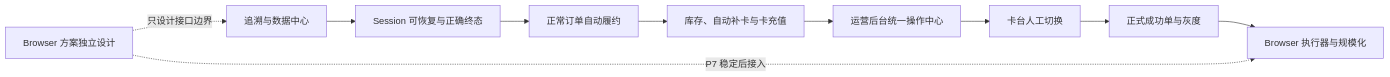
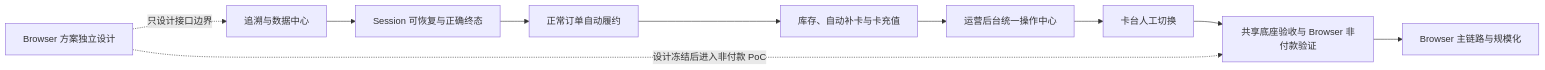
Before and after one commit to lemonw603-sys/KC-PAY-GPT: the diagram in docs/IMPLEMENTATION_PLAN_FINAL_2026-08-21.md, drawn with Mermaid. The commit also changed other lines of this file and 48 other files, not shown here.

````diff
--- a/docs/IMPLEMENTATION_PLAN_FINAL_2026-08-21.md
+++ b/docs/IMPLEMENTATION_PLAN_FINAL_2026-08-21.md
@@ -20,13 +20,13 @@
 ```mermaid
 flowchart LR
   P1[追溯与数据中心] --> P2[Session 可恢复与正确终态]
   P2 --> P3[正常订单自动履约]
   P3 --> P4[库存、自动补卡与卡充值]
   P4 --> P5[运营后台统一操作中心]
   P5 --> P6[卡台人工切换]
-  P6 --> P7[正式成功单与灰度]
-  P7 --> P8[Browser 执行器与规模化]
+  P6 --> P7[共享底座验收与 Browser 非付款验证]
+  P7 --> P8[Browser 主链路与规模化]
 
   BD[Browser 方案独立设计] -. 只设计接口边界 .-> P1
-  BD -. P7 稳定后接入 .-> P8
+  BD -. 设计冻结后进入非付款 PoC .-> P7
 ```
````
